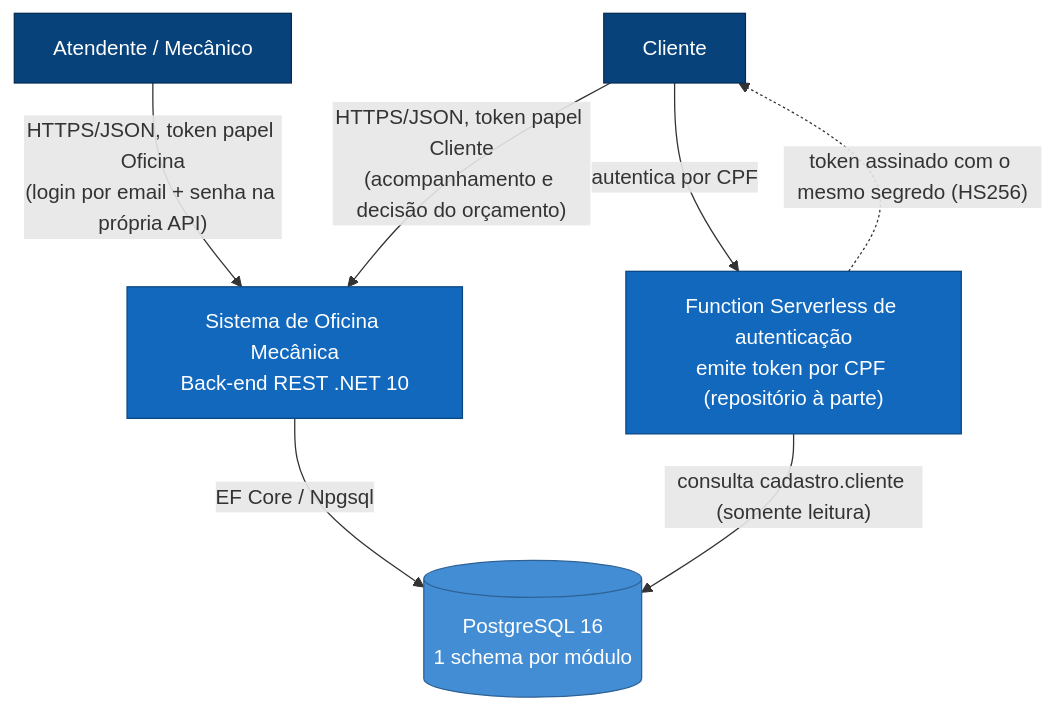
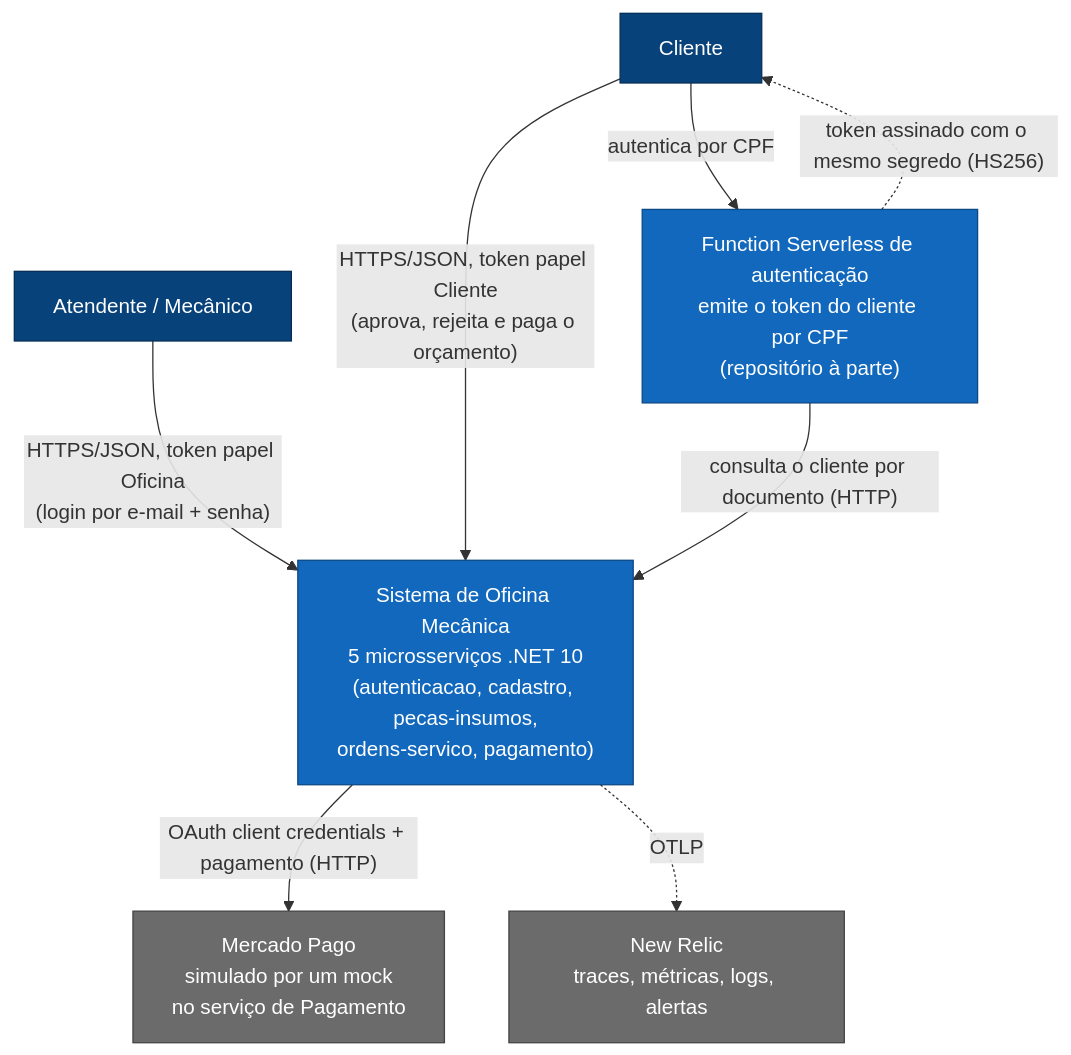
One commit to gabrielMauad/oficina-mecanica-app changed the first of 4 diagrams in docs/arquitetura/diagramas/componentes.md. Above: the diagram before and after it, drawn with Mermaid. The commit also changed other lines of this file and 31 other files, not shown here.

````diff
--- a/docs/arquitetura/diagramas/componentes.md
+++ b/docs/arquitetura/diagramas/componentes.md
@@ -20,23 +22,25 @@
 ```mermaid
 flowchart TB
     atendente["Atendente / Mecânico"]
     cliente["Cliente"]
-    sistema["Sistema de Oficina Mecânica<br/>Back-end REST .NET 10"]
-    db[("PostgreSQL 16<br/>1 schema por módulo")]
 
-    authFn["Function Serverless de autenticação<br/>emite token por CPF (repositório à parte)"]
+    sistema["Sistema de Oficina Mecânica<br/>5 microsserviços .NET 10<br/>(autenticacao, cadastro, pecas-insumos,<br/>ordens-servico, pagamento)"]
+    authFn["Function Serverless de autenticação<br/>emite o token do cliente por CPF<br/>(repositório à parte)"]
+    mp["Mercado Pago<br/>simulado por um mock<br/>no serviço de Pagamento"]
+    nr["New Relic<br/>traces, métricas, logs, alertas"]
 
-    atendente -->|"HTTPS/JSON, token papel Oficina<br/>(login por email + senha na própria API)"| sistema
-    cliente -->|"HTTPS/JSON, token papel Cliente<br/>(acompanhamento e decisão do orçamento)"| sistema
+    atendente -->|"HTTPS/JSON, token papel Oficina<br/>(login por e-mail + senha)"| sistema
+    cliente -->|"HTTPS/JSON, token papel Cliente<br/>(aprova, rejeita e paga o orçamento)"| sistema
     cliente -->|"autentica por CPF"| authFn
     authFn -.->|"token assinado com o mesmo segredo (HS256)"| cliente
-    sistema -->|"EF Core / Npgsql"| db
-    authFn -->|"consulta cadastro.cliente (somente leitura)"| db
+    authFn -->|"consulta o cliente por documento (HTTP)"| sistema
+    sistema -->|"OAuth client credentials + pagamento (HTTP)"| mp
+    sistema -.->|"OTLP"| nr
 
     classDef person fill:#08427b,stroke:#052e56,color:#fff
     classDef system fill:#1168bd,stroke:#0b4884,color:#fff
-    classDef store fill:#438dd5,stroke:#2e6295,color:#fff
+    classDef ext fill:#6b6b6b,stroke:#444,color:#fff
     class atendente,cliente person
     class sistema,authFn system
-    class db store
+    class mp,nr ext
 ```
````
